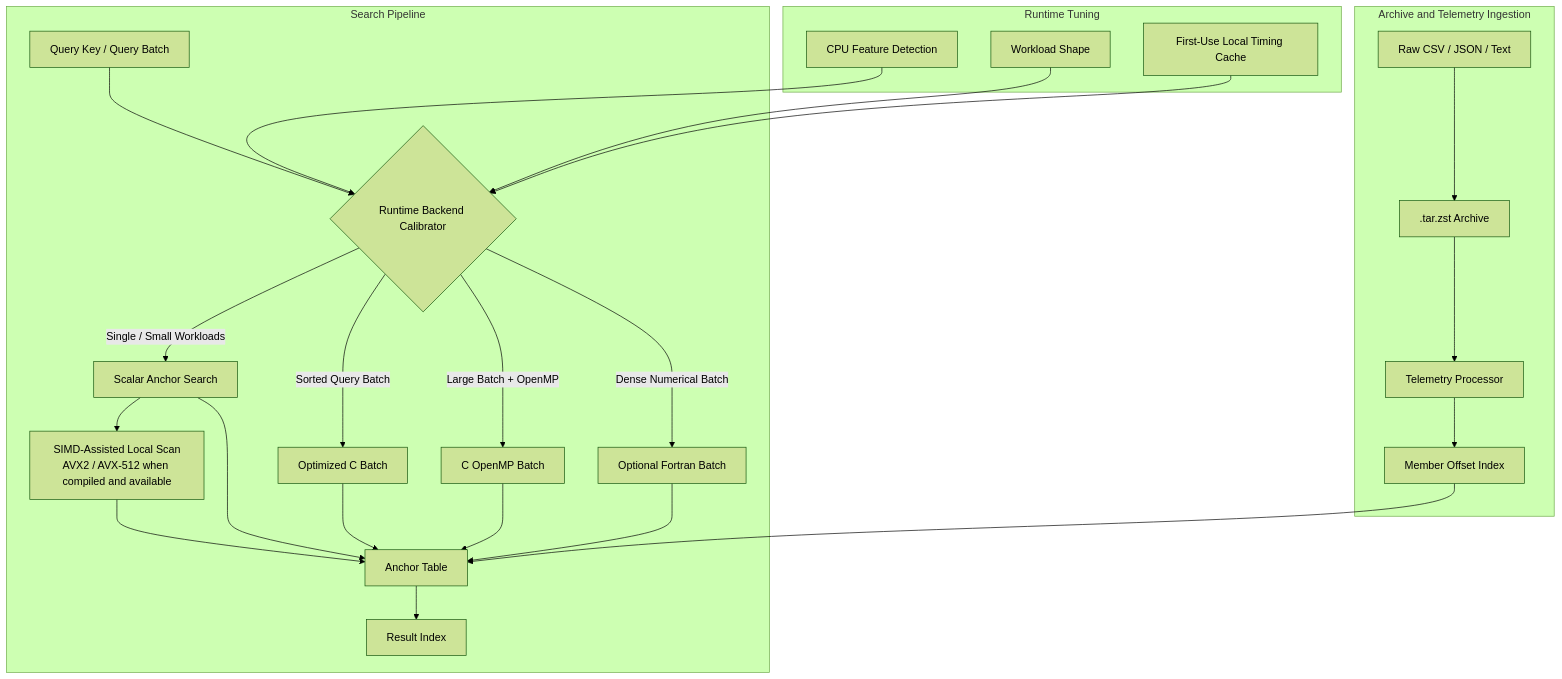
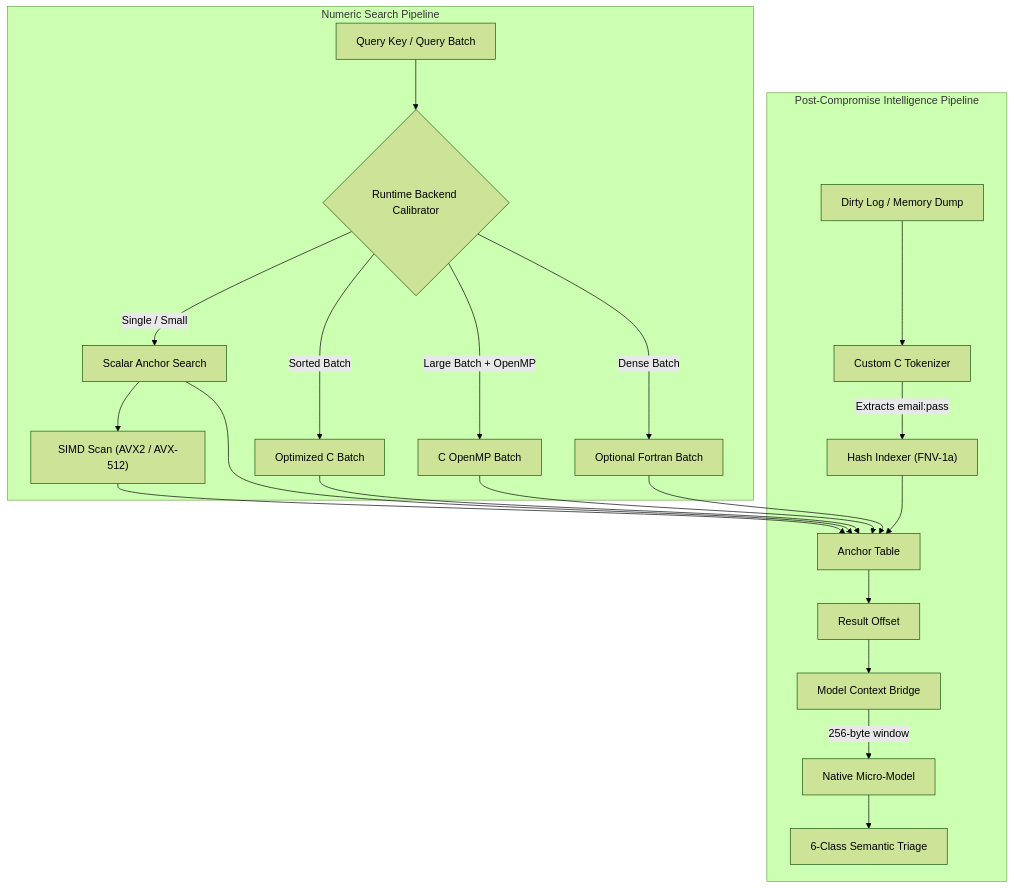
Before and after one commit to SWORDIntel/KEYSTONE: the first of 4 diagrams in README.md, drawn with Mermaid (forest theme). The commit also changed other lines of this file, not shown here.

Commit message:
Update README to reflect dirty parser and native C micro-model pipeline

````diff
--- a/README.md
+++ b/README.md
@@ -129,30 +132,26 @@
 ```mermaid
 flowchart TB
-    subgraph Search["Search Pipeline"]
+    subgraph Intelligence["Post-Compromise Intelligence Pipeline"]
+        DIRTY["Dirty Log / Memory Dump"] --> PARSE["Custom C Tokenizer"]
+        PARSE -->|Extracts email:pass| HASH["Hash Indexer (FNV-1a)"]
+        HASH --> AT["Anchor Table"]
+        AT --> R["Result Offset"]
+        R --> BRIDGE["Model Context Bridge"]
+        BRIDGE -->|256-byte window| MODEL["Native Micro-Model"]
+        MODEL --> CLASS["6-Class Semantic Triage"]
+    end
+
+    subgraph Search["Numeric Search Pipeline"]
         Q["Query Key / Query Batch"] --> Auto{"Runtime Backend Calibrator"}
-        Auto -->|Single / Small Workloads| S["Scalar Anchor Search"]
-        Auto -->|Sorted Query Batch| CB["Optimized C Batch"]
+        Auto -->|Single / Small| S["Scalar Anchor Search"]
+        Auto -->|Sorted Batch| CB["Optimized C Batch"]
         Auto -->|Large Batch + OpenMP| MP["C OpenMP Batch"]
-        Auto -->|Dense Numerical Batch| FT["Optional Fortran Batch"]
-        S --> SIMD["SIMD-Assisted Local Scan<br/>AVX2 / AVX-512 when compiled and available"]
-        S --> AT["Anchor Table"]
+        Auto -->|Dense Batch| FT["Optional Fortran Batch"]
+        S --> SIMD["SIMD Scan (AVX2 / AVX-512)"]
+        S --> AT
         CB --> AT
         SIMD --> AT
         MP --> AT
         FT --> AT
-        AT --> R["Result Index"]
-    end
-
-    subgraph Ingestion["Archive and Telemetry Ingestion"]
-        RAW["Raw CSV / JSON / Text"] --> TZST[".tar.zst Archive"]
-        TZST --> TP["Telemetry Processor"]
-        TP --> IDX["Member Offset Index"]
-        IDX --> AT
-    end
-
-    subgraph Tuning["Runtime Tuning"]
-        CPU["CPU Feature Detection"] --> Auto
-        WL["Workload Shape"] --> Auto
-        CAL["First-Use Local Timing Cache"] --> Auto
     end
 ```
````
